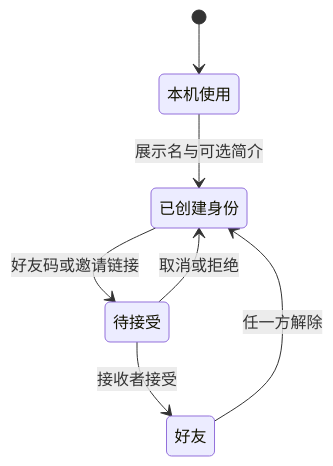
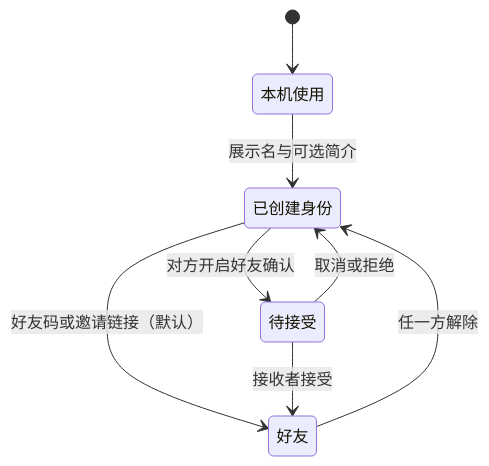
The diagram in docs/identity-friends-api.md (0xBelulu/blur), drawn with Mermaid before and after one commit. The commit also changed other lines of this file and 21 other files, not shown here.

````diff
--- a/docs/identity-friends-api.md
+++ b/docs/identity-friends-api.md
@@ -23,9 +25,10 @@
 ```mermaid
 stateDiagram-v2
   [*] --> 本机使用
   本机使用 --> 已创建身份: 展示名与可选简介
-  已创建身份 --> 待接受: 好友码或邀请链接
+  已创建身份 --> 好友: 好友码或邀请链接（默认）
+  已创建身份 --> 待接受: 对方开启好友确认
   待接受 --> 好友: 接收者接受
   待接受 --> 已创建身份: 取消或拒绝
   好友 --> 已创建身份: 任一方解除
 ```
````
